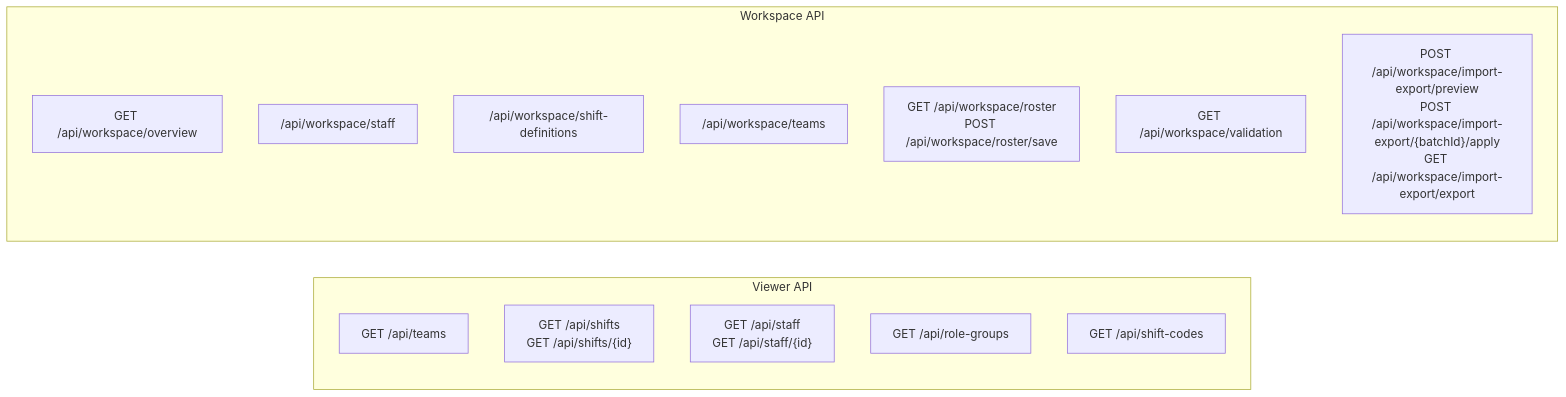
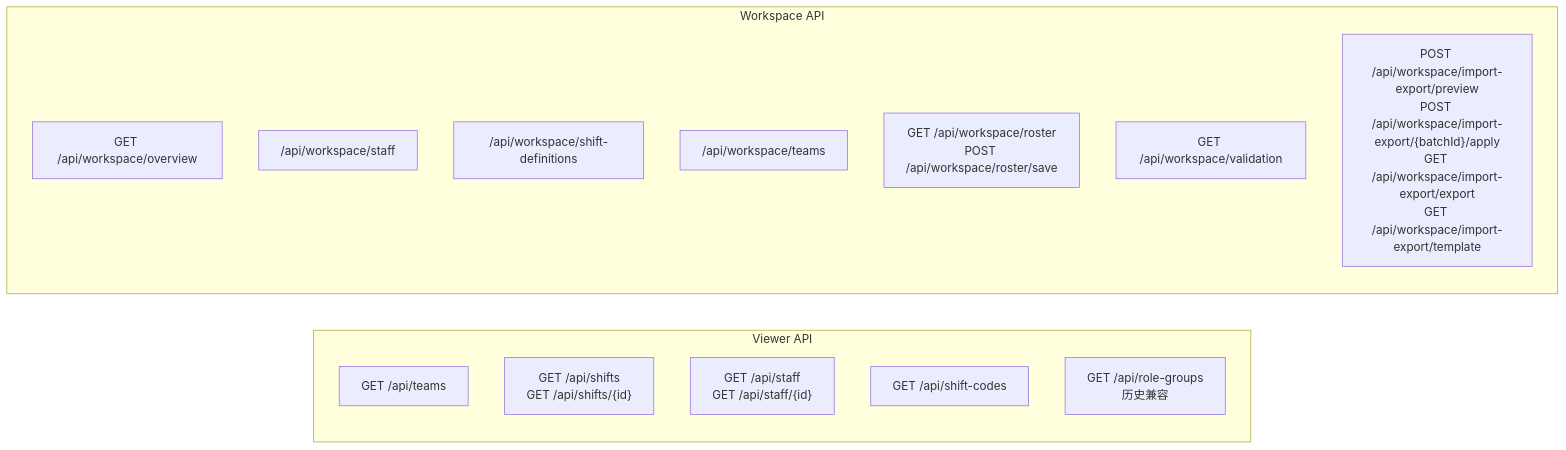
Before and after one commit to yachi666/support-roster-server: the diagram in .specs/api-standard.md, drawn with Mermaid. The commit also changed other lines of this file and 34 other files, not shown here.

````diff
--- a/.specs/api-standard.md
+++ b/.specs/api-standard.md
@@ -30,20 +33,27 @@
 ```mermaid
 graph LR
-  subgraph "Viewer API"
+  subgraph Viewer[Viewer API]
     T["GET /api/teams"]
-    S["GET /api/shifts<br/>GET /api/shifts/{id}"]
-    ST["GET /api/staff<br/>GET /api/staff/{id}"]
-    RG["GET /api/role-groups"]
+    S["GET /api/shifts
+GET /api/shifts/{id}"]
+    ST["GET /api/staff
+GET /api/staff/{id}"]
     SC["GET /api/shift-codes"]
+    RG["GET /api/role-groups
+历史兼容"]
   end
 
-  subgraph "Workspace API"
+  subgraph Workspace[Workspace API]
     WO["GET /api/workspace/overview"]
     WS["/api/workspace/staff"]
     WD["/api/workspace/shift-definitions"]
     WT["/api/workspace/teams"]
-    WR["GET /api/workspace/roster<br/>POST /api/workspace/roster/save"]
+    WR["GET /api/workspace/roster
+POST /api/workspace/roster/save"]
     WV["GET /api/workspace/validation"]
-    WI["POST /api/workspace/import-export/preview<br/>POST /api/workspace/import-export/{batchId}/apply<br/>GET /api/workspace/import-export/export"]
+    WI["POST /api/workspace/import-export/preview
+POST /api/workspace/import-export/{batchId}/apply
+GET /api/workspace/import-export/export
+GET /api/workspace/import-export/template"]
   end
 ```
````
